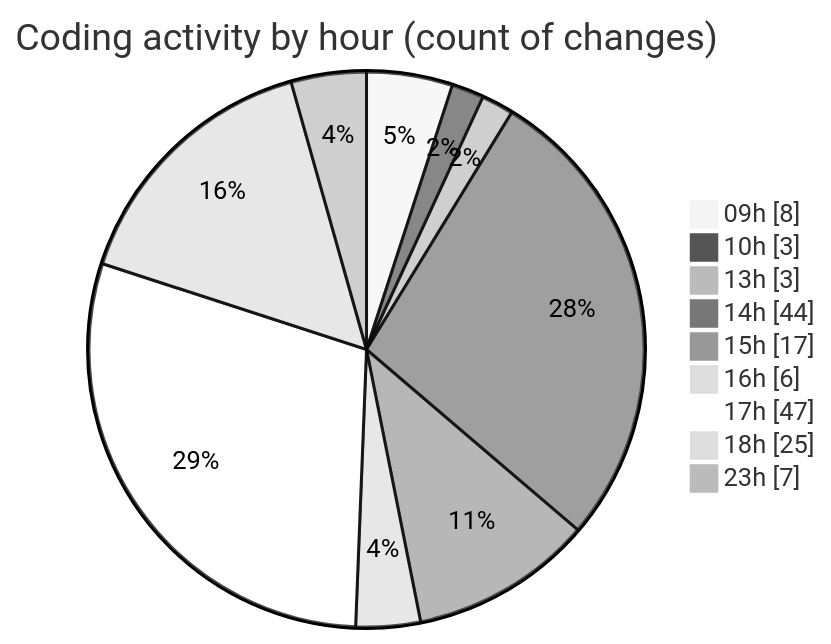
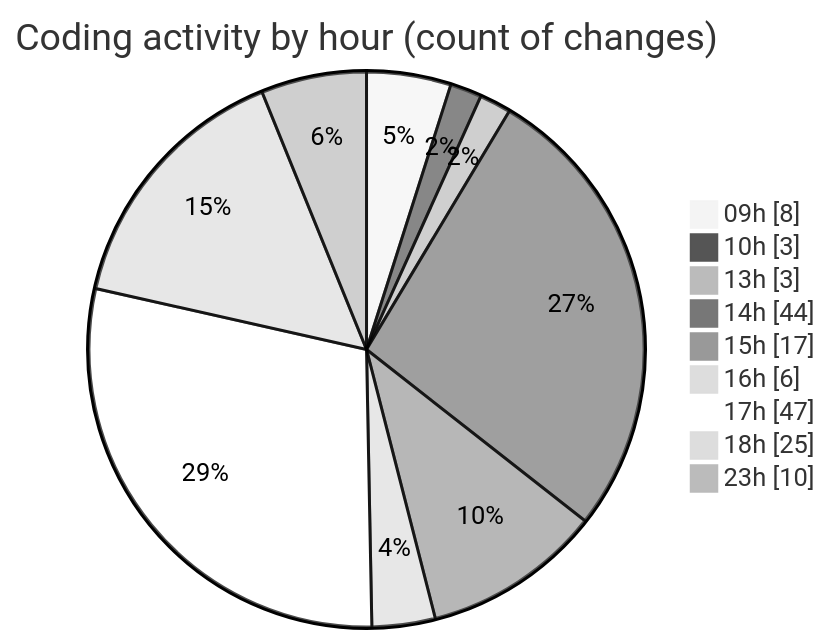
Before and after one commit to momahboobian/code-tracking: the second of 2 diagrams in 2026-04-09/cda/README.md, drawn with Mermaid (neutral theme). The commit also changed other lines of this file and 1 other file, not shown here.

````diff
--- a/2026-04-09/cda/README.md
+++ b/2026-04-09/cda/README.md
@@ -44,13 +44,13 @@
 ```mermaid
 pie showData
 title Coding activity by hour (count of changes)
 "09h" : 8
 "10h" : 3
 "13h" : 3
 "14h" : 44
 "15h" : 17
 "16h" : 6
 "17h" : 47
 "18h" : 25
-"23h" : 7
+"23h" : 10
 ```
````
